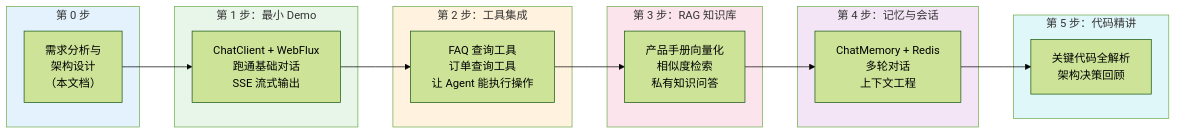
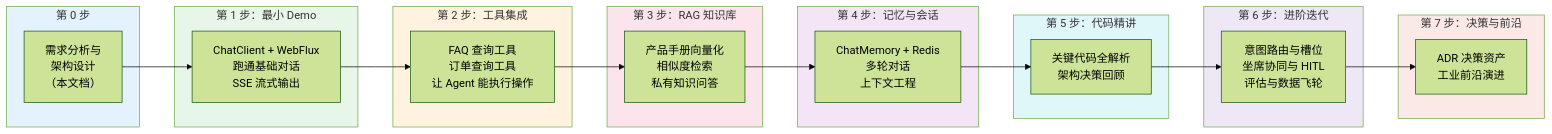
One commit to UranusGit/java-agent-learn changed the seventh of 7 diagrams in docs/项目/00-智能客服系统/00-需求分析与架构设计.md. Above: the diagram before and after it, drawn with Mermaid (forest theme). The commit also changed other lines of this file and 114 other files, not shown here.

````diff
--- a/docs/项目/00-智能客服系统/00-需求分析与架构设计.md
+++ b/docs/项目/00-智能客服系统/00-需求分析与架构设计.md
@@ -439,35 +455,45 @@
 ```mermaid
 graph LR
     subgraph 第0步["第 0 步"]
         S0["需求分析与<br/>架构设计<br/>（本文档）"]
     end
 
     subgraph 第1步["第 1 步：最小 Demo"]
         S1["ChatClient + WebFlux<br/>跑通基础对话<br/>SSE 流式输出"]
     end
 
     subgraph 第2步["第 2 步：工具集成"]
         S2["FAQ 查询工具<br/>订单查询工具<br/>让 Agent 能执行操作"]
     end
 
     subgraph 第3步["第 3 步：RAG 知识库"]
         S3["产品手册向量化<br/>相似度检索<br/>私有知识问答"]
     end
 
     subgraph 第4步["第 4 步：记忆与会话"]
         S4["ChatMemory + Redis<br/>多轮对话<br/>上下文工程"]
     end
 
     subgraph 第5步["第 5 步：代码精讲"]
         S5["关键代码全解析<br/>架构决策回顾"]
     end
 
-    S0 --> S1 --> S2 --> S3 --> S4 --> S5
+    subgraph 第6步["第 6 步：进阶迭代"]
+        S6["意图路由与槽位<br/>坐席协同与 HITL<br/>评估与数据飞轮"]
+    end
+
+    subgraph 第7步["第 7 步：决策与前沿"]
+        S7["ADR 决策资产<br/>工业前沿演进"]
+    end
+
+    S0 --> S1 --> S2 --> S3 --> S4 --> S5 --> S6 --> S7
 
     style 第0步 fill:#e3f2fd
     style 第1步 fill:#e8f5e9
     style 第2步 fill:#fff3e0
     style 第3步 fill:#fce4ec
     style 第4步 fill:#f3e5f5
     style 第5步 fill:#e0f7fa
+    style 第6步 fill:#ede7f6
+    style 第7步 fill:#fbe9e7
 ```
````
